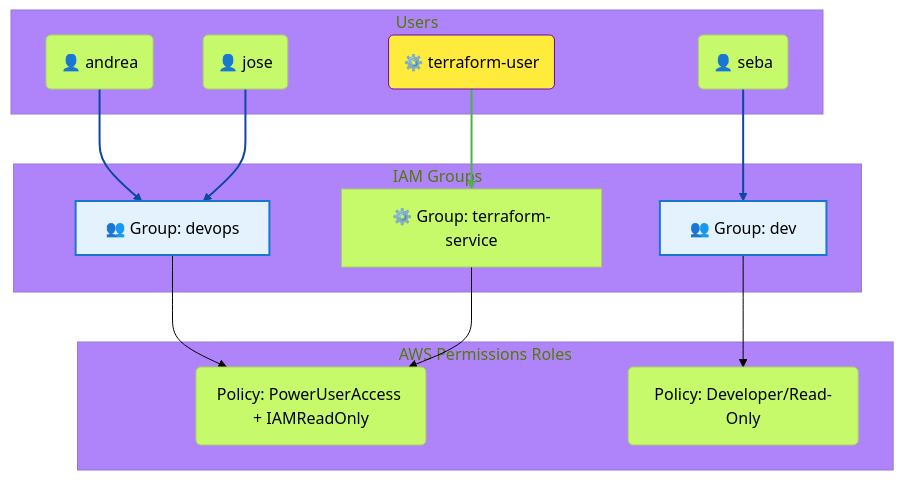
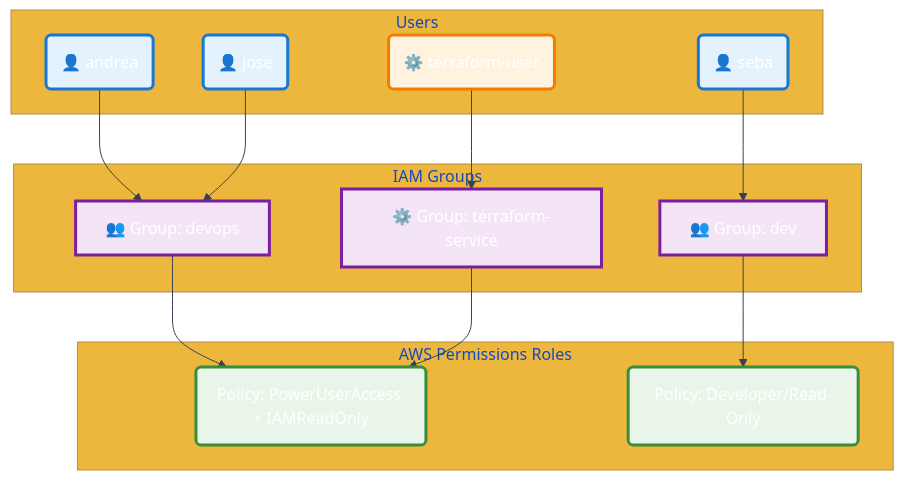
One commit to andreaendigital/CarPricePredictor-Demo changed the third of 9 diagrams in docs/jenkins/DOCUMENTATION_FOR_EXPO.md. Above: the diagram before and after it, drawn with Mermaid. The commit also changed other lines of this file, not shown here.

````diff
--- a/docs/jenkins/DOCUMENTATION_FOR_EXPO.md
+++ b/docs/jenkins/DOCUMENTATION_FOR_EXPO.md
@@ -110,40 +110,41 @@
     ```mermaid
-    %%{init: {'theme': 'base', 'themeVariables': {'primaryColor': '#C6FA6B', 'primaryTextColor': '#000', 'lineColor': '#000'}}}%%
+    %%{init: {'theme': 'base', 'themeVariables': {'primaryColor': '#2563eb', 'primaryTextColor': '#ffffff', 'lineColor': '#374151'}}}%%
 
     flowchart TD
         subgraph Users
             U3(👤 seba)
             U1(👤 andrea)
             U2(👤 jose)
             U4(⚙️ terraform-user)
         end
 
         subgraph IAM Groups
             G1[👥 Group: devops]
             G2[👥 Group: dev]
             G3[⚙️ Group: terraform-service]
         end
 
         subgraph AWS Permissions Roles
             P1(Policy: PowerUserAccess + IAMReadOnly)
             P2(Policy: Developer/Read-Only)
         end
 
         U1 --> G1
         U2 --> G1
         U3 --> G2
         U4 --> G3
 
         G1 --> P1
         G3 --> P1
         G2 --> P2
 
-        style U4 fill:#ffeb3b,stroke:#7005A6,color:#000000
-        style G1 fill:#e3f2fd,stroke:#1976d2,stroke-width:2px
-        style G2 fill:#e3f2fd,stroke:#1976d2,stroke-width:2px
+        classDef users fill:#e3f2fd,stroke:#1976d2,stroke-width:3px
+        classDef groups fill:#f3e5f5,stroke:#7b1fa2,stroke-width:3px
+        classDef policies fill:#e8f5e8,stroke:#388e3c,stroke-width:3px
+        classDef service fill:#fff3e0,stroke:#f57c00,stroke-width:3px
 
-        linkStyle 0 stroke:#0d47a1,stroke-width:2px
-        linkStyle 1 stroke:#0d47a1,stroke-width:2px
-        linkStyle 2 stroke:#0d47a1,stroke-width:2px
-        linkStyle 3 stroke:#4caf50,stroke-width:2px
+        class U1,U2,U3 users
+        class U4 service
+        class G1,G2,G3 groups
+        class P1,P2 policies
     ```
````
